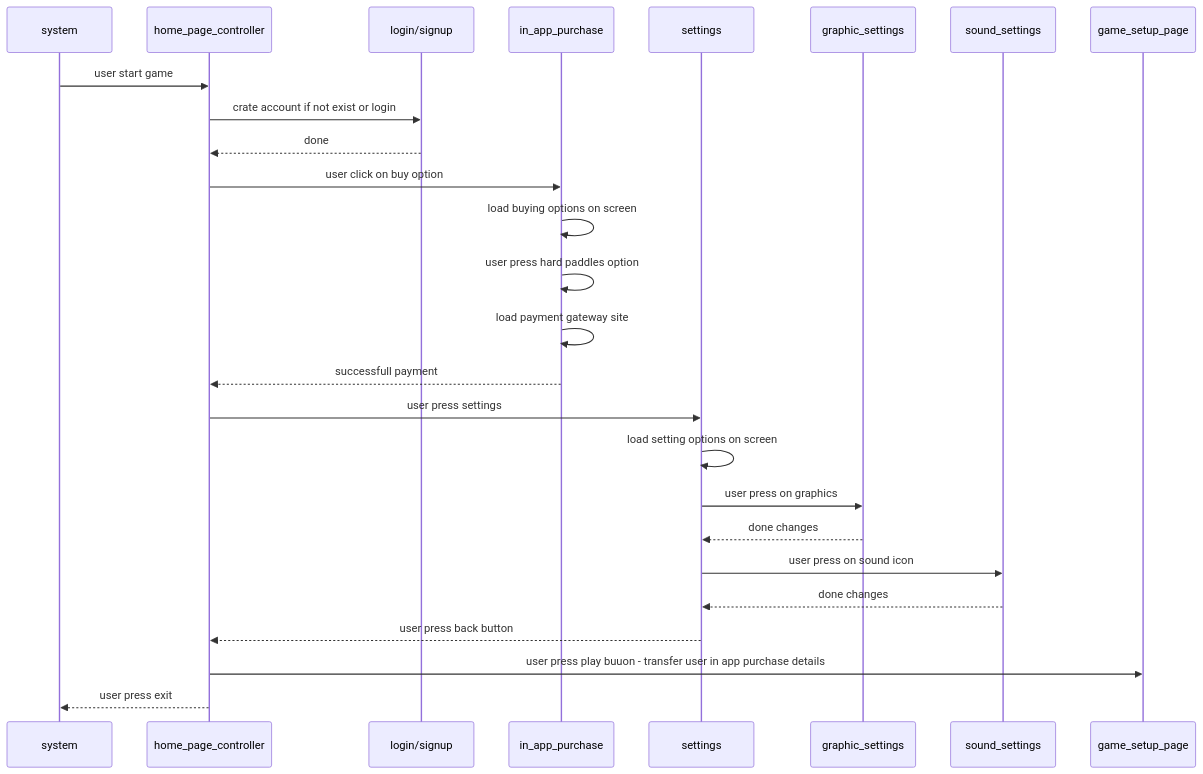
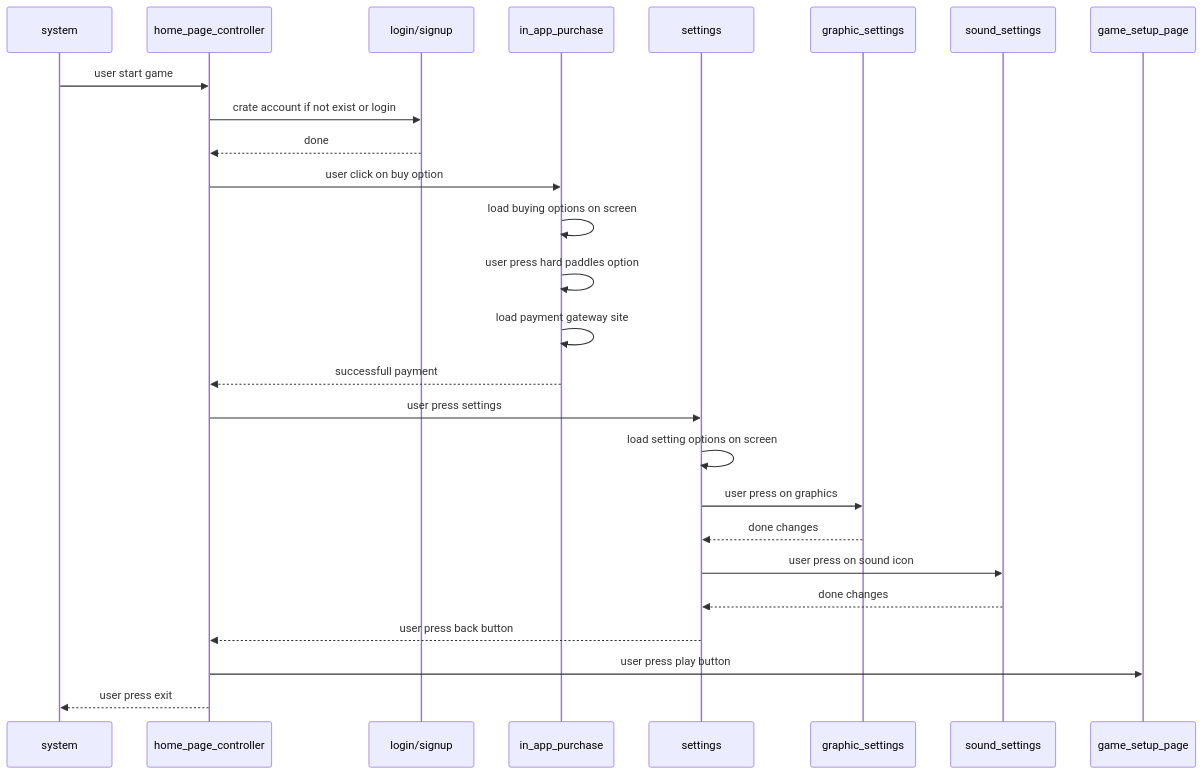
One commit to Engin-Boot/pong-stage-AjinkyaGhatol changed the diagram in Stage1/game_home_page/README.md. Above: the diagram before and after it, drawn with Mermaid. The commit also changed other lines of this file and 3 other files, not shown here.

````diff
--- a/Stage1/game_home_page/README.md
+++ b/Stage1/game_home_page/README.md
@@ -8,21 +8,21 @@
 ```mermaid
 sequenceDiagram
 system->>home_page_controller:user start game
   home_page_controller->>login/signup:crate account if not exist or login
   login/signup-->>home_page_controller:done
   home_page_controller->>in_app_purchase:user click on buy option
   in_app_purchase->>in_app_purchase:load buying options on screen
   in_app_purchase->>in_app_purchase:user press hard paddles option
   in_app_purchase->>in_app_purchase:load payment gateway site
   in_app_purchase-->>home_page_controller:successfull payment
   home_page_controller->>settings:user press settings
   settings->>settings:load setting options on screen
   settings->>graphic_settings:user press on graphics
   graphic_settings-->>settings:done changes
   settings->>sound_settings:user press on sound icon
-  sound_settings-->>settings:done changes	
+  sound_settings-->>settings:done changes
   settings-->>home_page_controller:user press back button
-  home_page_controller->>game_setup_page:user press play buuon - transfer user in app purchase details 
-  home_page_controller-->>system:user press exit				
+  home_page_controller->>game_setup_page:user press play button
+  home_page_controller-->>system:user press exit
 
 ```
````
